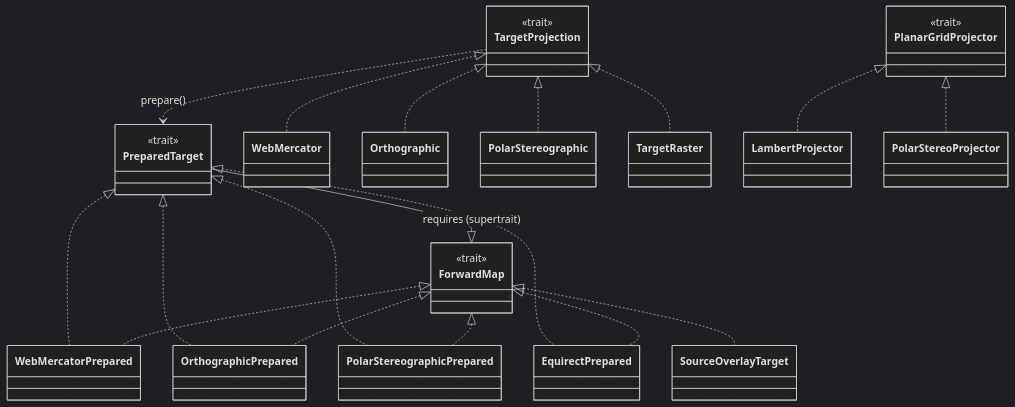
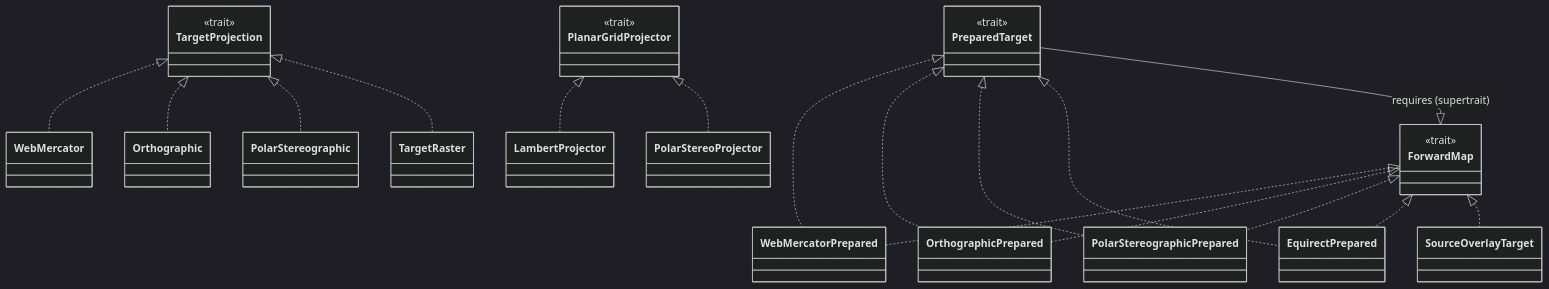
One commit to D0ubleD0uble/fieldglass changed the third of 4 diagrams in docs/architecture/02-trait-seams.md. Above: the diagram before and after it, drawn with Mermaid (dark theme). The commit also changed other lines of this file, not shown here.

First line of the commit message:
docs: split warp call flow into a sequence diagram

````diff
--- a/docs/architecture/02-trait-seams.md
+++ b/docs/architecture/02-trait-seams.md
@@ -57,37 +58,36 @@
 ```mermaid
 classDiagram
     class TargetProjection {
         <<trait>>
     }
     class PreparedTarget {
         <<trait>>
     }
     class ForwardMap {
         <<trait>>
     }
     class PlanarGridProjector {
         <<trait>>
     }
 
     TargetProjection <|.. WebMercator
     TargetProjection <|.. Orthographic
     TargetProjection <|.. PolarStereographic
     TargetProjection <|.. TargetRaster
 
     PreparedTarget <|.. WebMercatorPrepared
     PreparedTarget <|.. OrthographicPrepared
     PreparedTarget <|.. PolarStereographicPrepared
     PreparedTarget <|.. EquirectPrepared
 
     ForwardMap <|.. WebMercatorPrepared
     ForwardMap <|.. OrthographicPrepared
     ForwardMap <|.. PolarStereographicPrepared
     ForwardMap <|.. EquirectPrepared
     ForwardMap <|.. SourceOverlayTarget
 
     PlanarGridProjector <|.. LambertProjector
     PlanarGridProjector <|.. PolarStereoProjector
 
-    TargetProjection ..> PreparedTarget : prepare()
     PreparedTarget --|> ForwardMap : requires (supertrait)
 ```
````
